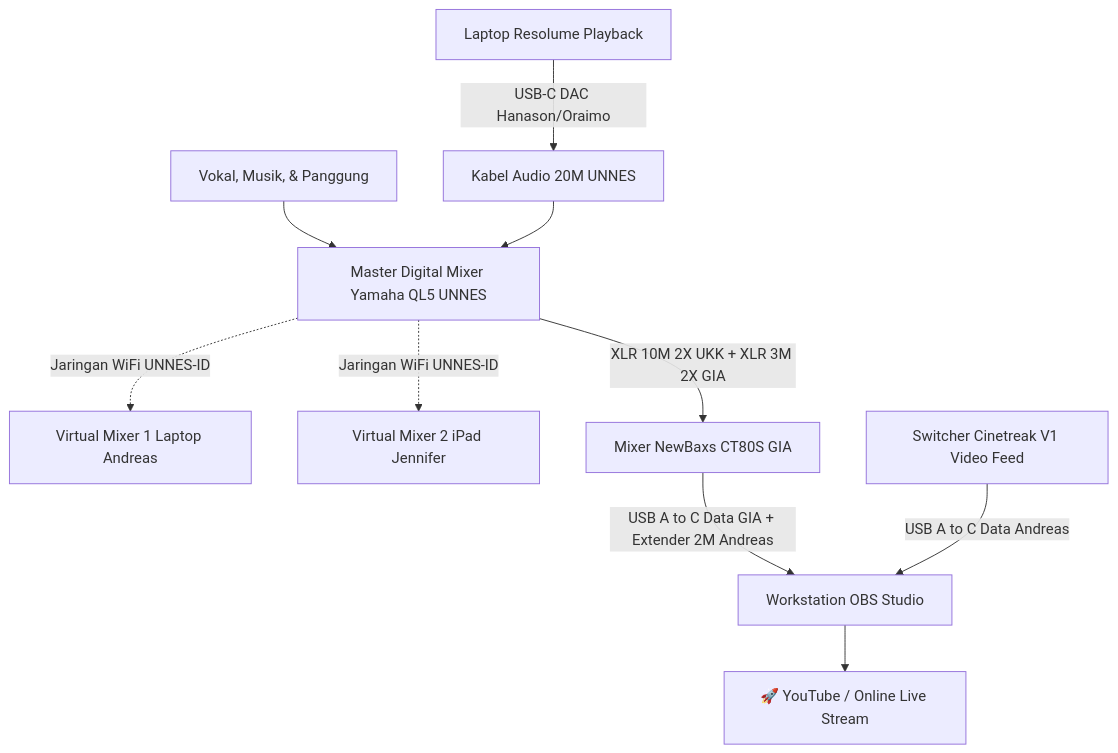
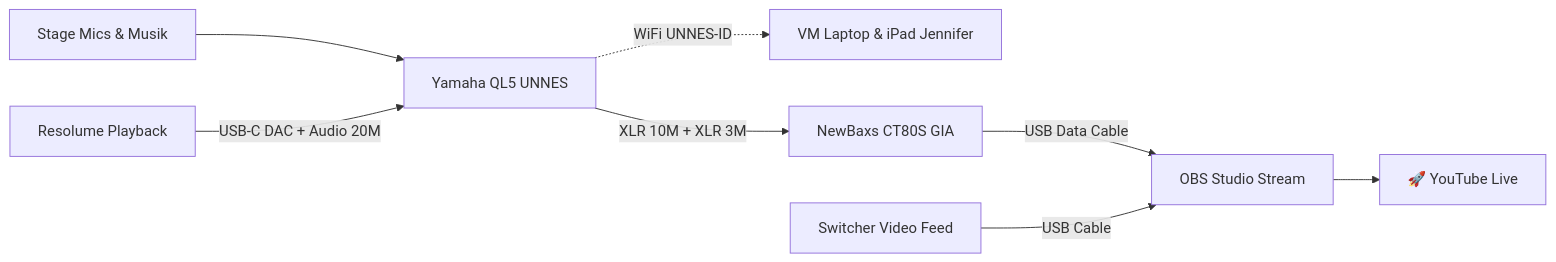
One commit to zzdree/ip26-production changed the sixth of 8 diagrams in README.md. Above: the diagram before and after it, drawn with Mermaid. The commit also changed other lines of this file, not shown here.

Commit message:
docs: update README.md with Web Command Portal architecture and 6 structured sub-systems

````diff
--- a/README.md
+++ b/README.md
@@ -231,15 +255,13 @@
 ```mermaid
-flowchart TD
-    STAGE_SRC[Vokal, Musik, & Panggung] --> QL5_MAIN[Master Digital Mixer Yamaha QL5 UNNES]
-    RES_AUDIO[Laptop Resolume Playback] -->|USB-C DAC Hanason/Oraimo| AUD_20M[Kabel Audio 20M UNNES] --> QL5_MAIN
+flowchart LR
+    STAGE_SRC["Stage Mics & Musik"] --> QL5_MAIN["Yamaha QL5 UNNES"]
+    RES_AUDIO["Resolume Playback"] -->|USB-C DAC + Audio 20M| QL5_MAIN
     
-    QL5_MAIN -.->|Jaringan WiFi UNNES-ID| VM1_APP[Virtual Mixer 1 Laptop Andreas]
-    QL5_MAIN -.->|Jaringan WiFi UNNES-ID| VM2_APP[Virtual Mixer 2 iPad Jennifer]
+    QL5_MAIN -.->|WiFi UNNES-ID| VM_REMOTE["VM Laptop & iPad Jennifer"]
+    QL5_MAIN -->|XLR 10M + XLR 3M| CT80S_IN["NewBaxs CT80S GIA"]
     
-    QL5_MAIN -->|XLR 10M 2X UKK + XLR 3M 2X GIA| CT80S_IN[Mixer NewBaxs CT80S GIA]
+    CT80S_IN -->|USB Data Cable| OBS_IN["OBS Studio Stream"]
+    SW_CAM["Switcher Video Feed"] -->|USB Cable| OBS_IN
     
-    CT80S_IN -->|USB A to C Data GIA + Extender 2M Andreas| OBS_IN[Workstation OBS Studio]
-    SW_CAM[Switcher Cinetreak V1 Video Feed] -->|USB A to C Data Andreas| OBS_IN
-    
-    OBS_IN --> STREAM_OUT[🚀 YouTube / Online Live Stream]
+    OBS_IN --> STREAM_OUT["🚀 YouTube Live"]
 ```
````
